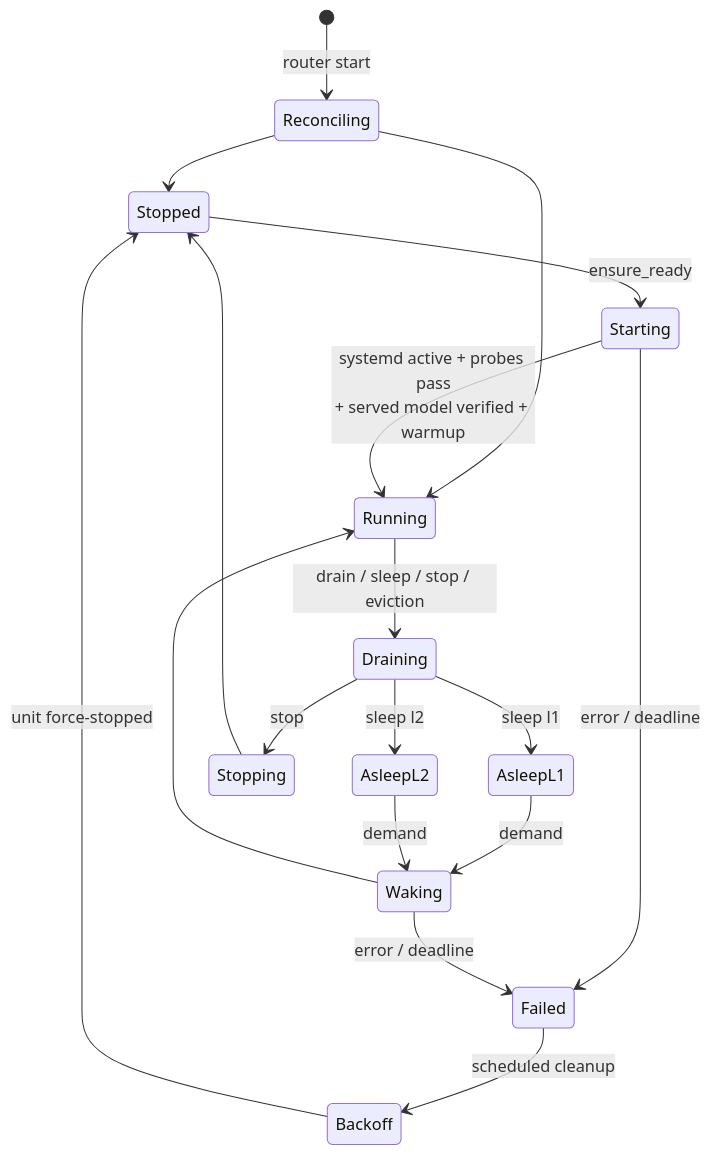
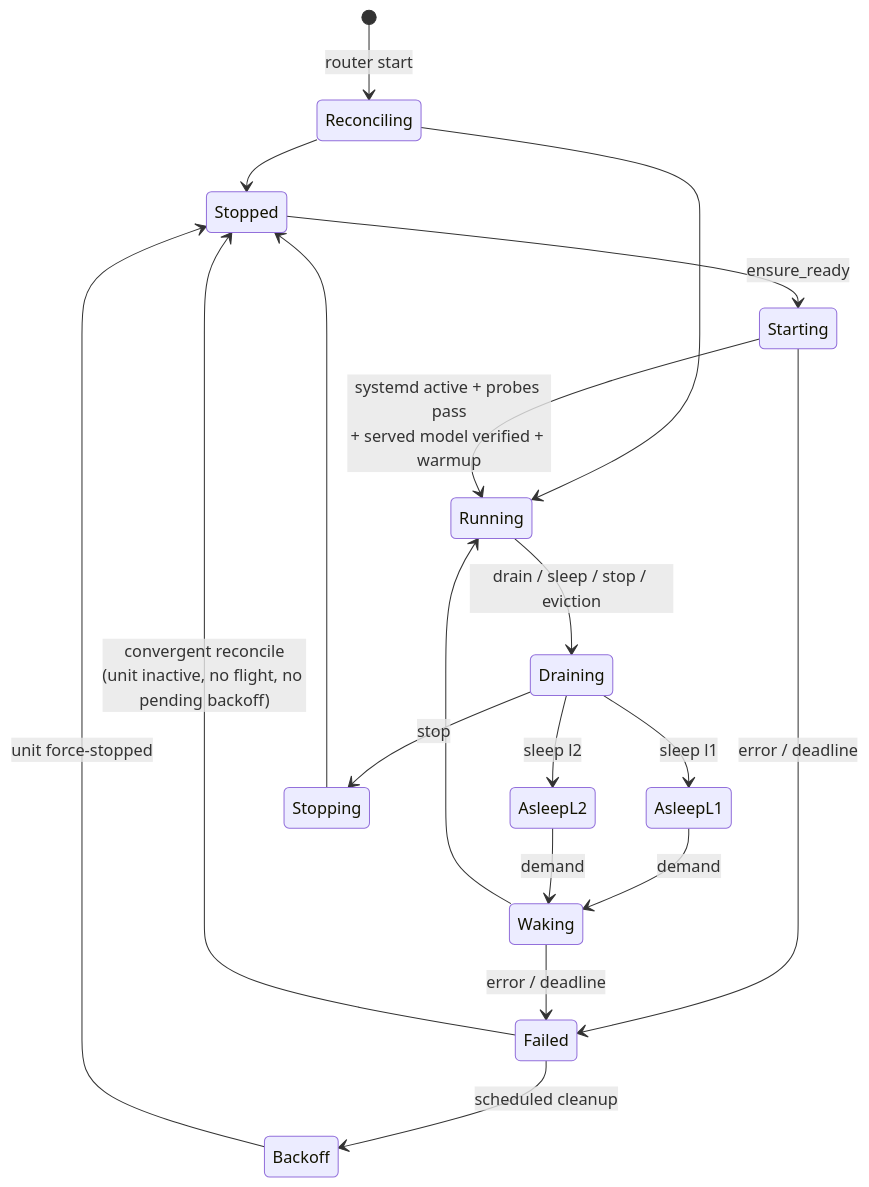
The second of 2 diagrams in docs/technical-overview.md (yankeeinlondon/routable), drawn with Mermaid before and after one commit. The commit also changed other lines of this file and 4 other files, not shown here.

````diff
--- a/docs/technical-overview.md
+++ b/docs/technical-overview.md
@@ -108,20 +117,21 @@
 ```mermaid
 stateDiagram-v2
     [*] --> Reconciling: router start
     Reconciling --> Stopped
     Reconciling --> Running
     Stopped --> Starting: ensure_ready
     Starting --> Running: systemd active + probes pass<br/>+ served model verified + warmup
     Running --> Draining: drain / sleep / stop / eviction
     Draining --> AsleepL1: sleep l1
     Draining --> AsleepL2: sleep l2
     Draining --> Stopping: stop
     Stopping --> Stopped
     AsleepL1 --> Waking: demand
     AsleepL2 --> Waking: demand
     Waking --> Running
     Starting --> Failed: error / deadline
     Waking --> Failed: error / deadline
     Failed --> Backoff: scheduled cleanup
     Backoff --> Stopped: unit force-stopped
+    Failed --> Stopped: convergent reconcile<br/>(unit inactive, no flight, no pending backoff)
 ```
````
